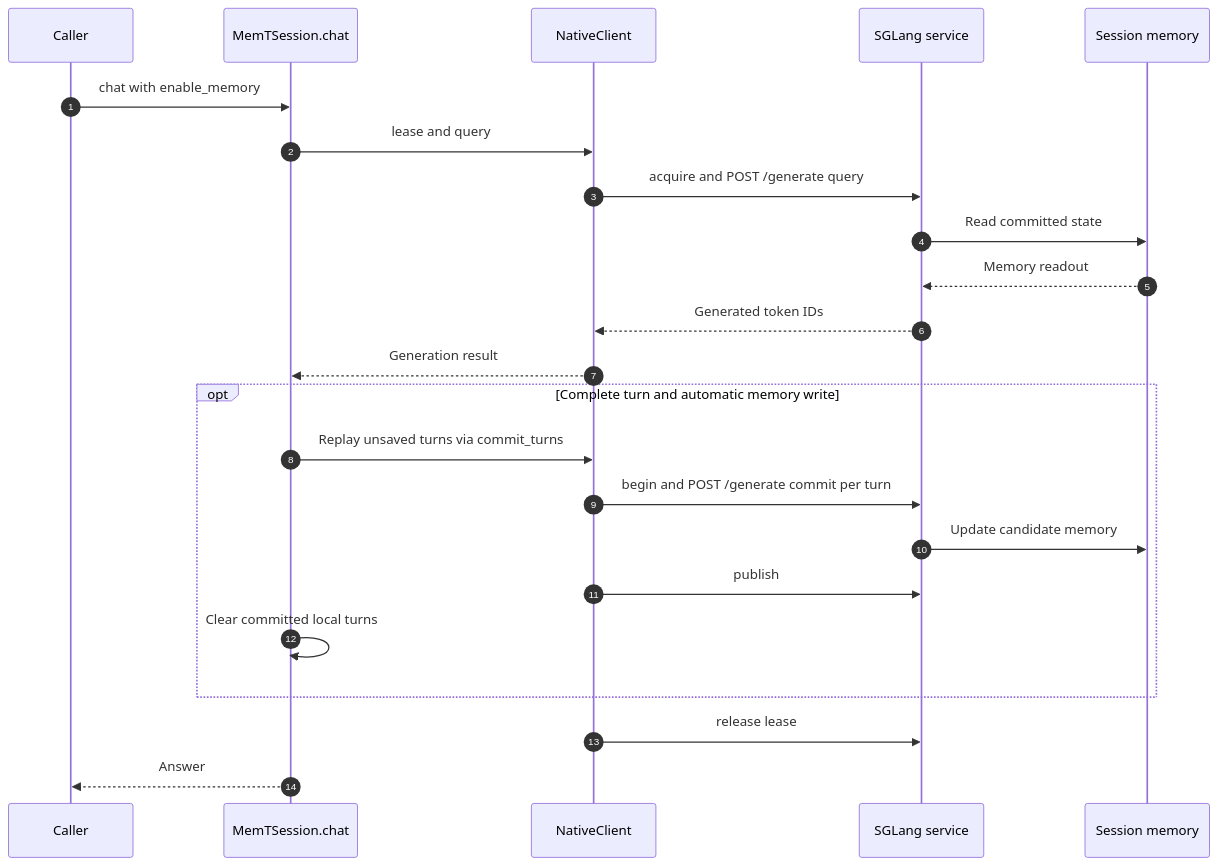
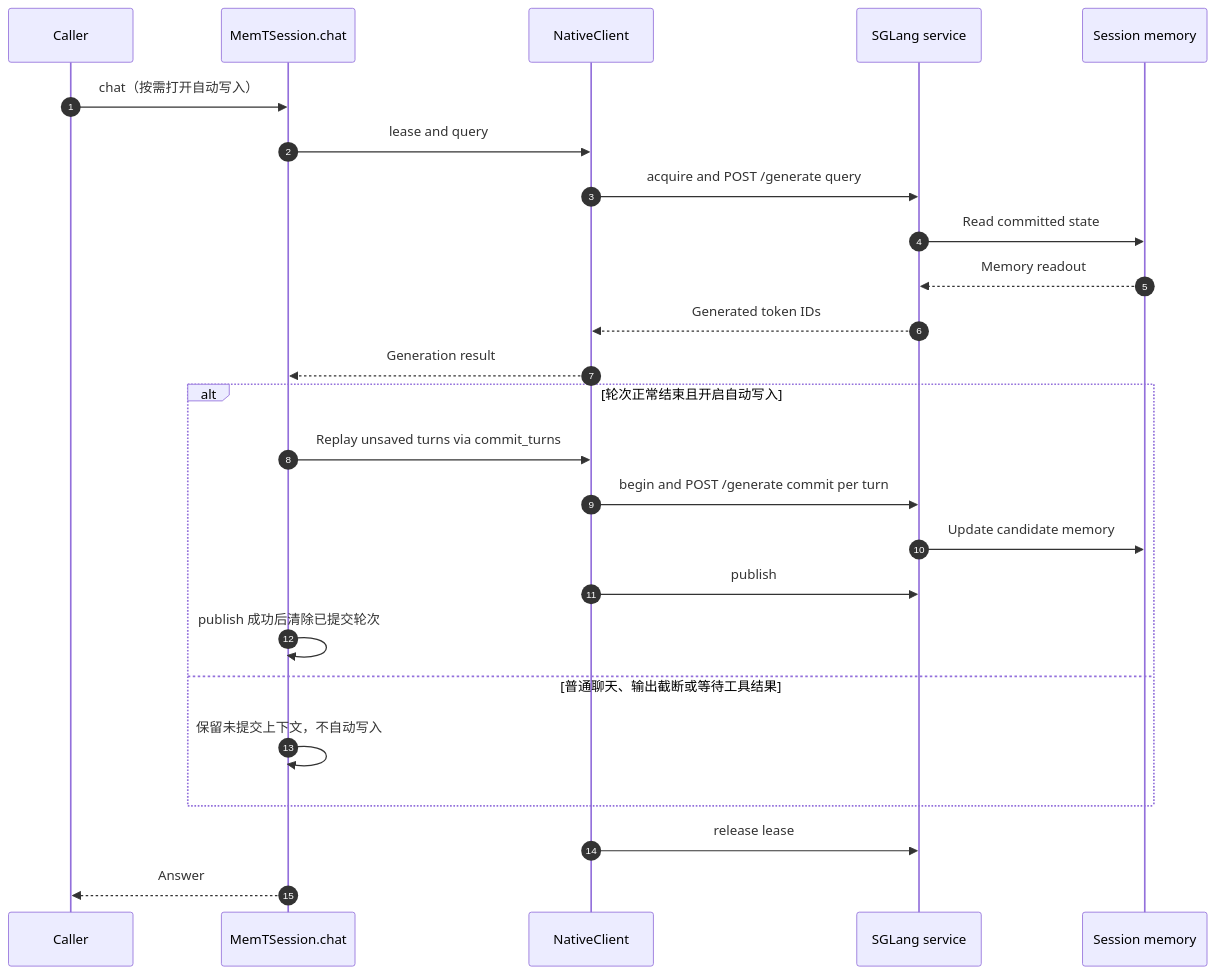
The second of 2 diagrams in wiki/entities/paper-memt-1-0-memory-native-evolution.md (ImChong/Robotics_Notebooks), drawn with Mermaid before and after one commit. The commit also changed other lines of this file and 4 other files, not shown here.

````diff
--- a/wiki/entities/paper-memt-1-0-memory-native-evolution.md
+++ b/wiki/entities/paper-memt-1-0-memory-native-evolution.md
@@ -95,25 +99,27 @@
 ```mermaid
 sequenceDiagram
   autonumber
   participant App as Caller
   participant Session as MemTSession.chat
   participant Client as NativeClient
   participant Server as SGLang service
   participant State as Session memory
-  App->>Session: chat with enable_memory
+  App->>Session: chat（按需打开自动写入）
   Session->>Client: lease and query
   Client->>Server: acquire and POST /generate query
   Server->>State: Read committed state
   State-->>Server: Memory readout
   Server-->>Client: Generated token IDs
   Client-->>Session: Generation result
-  opt Complete turn and automatic memory write
+  alt 轮次正常结束且开启自动写入
     Session->>Client: Replay unsaved turns via commit_turns
     Client->>Server: begin and POST /generate commit per turn
     Server->>State: Update candidate memory
     Client->>Server: publish
-    Session->>Session: Clear committed local turns
+    Session->>Session: publish 成功后清除已提交轮次
+  else 普通聊天、输出截断或等待工具结果
+    Session->>Session: 保留未提交上下文，不自动写入
   end
   Client->>Server: release lease
   Session-->>App: Answer
 ```
````
